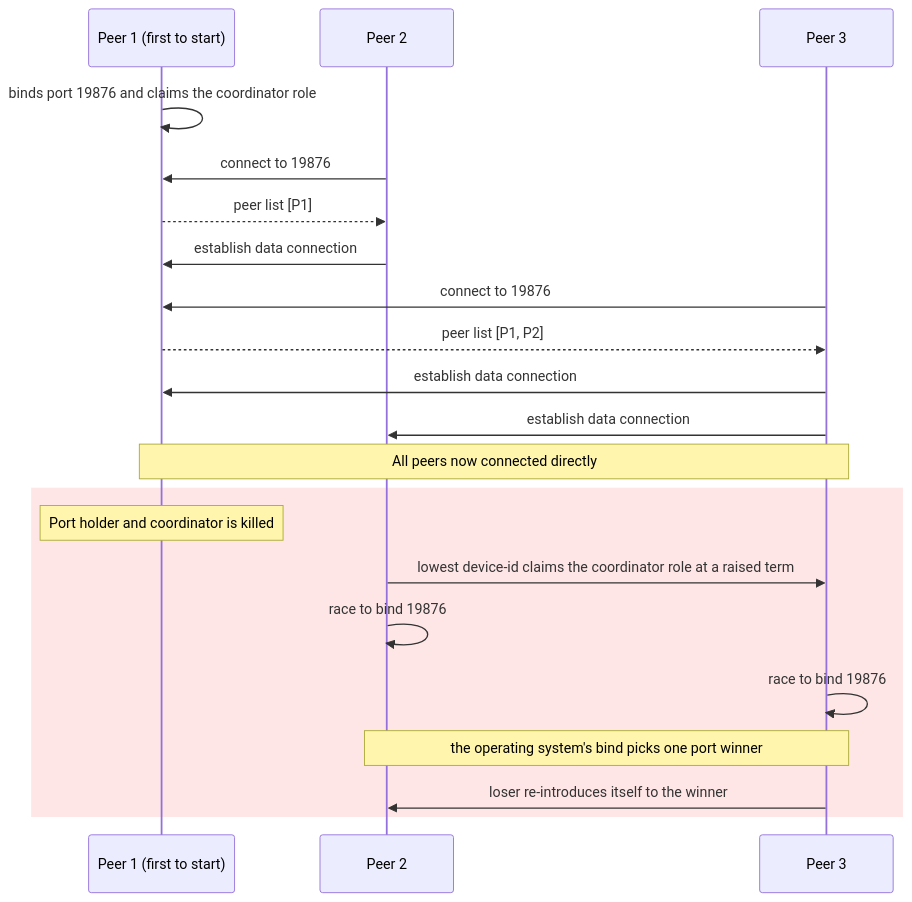
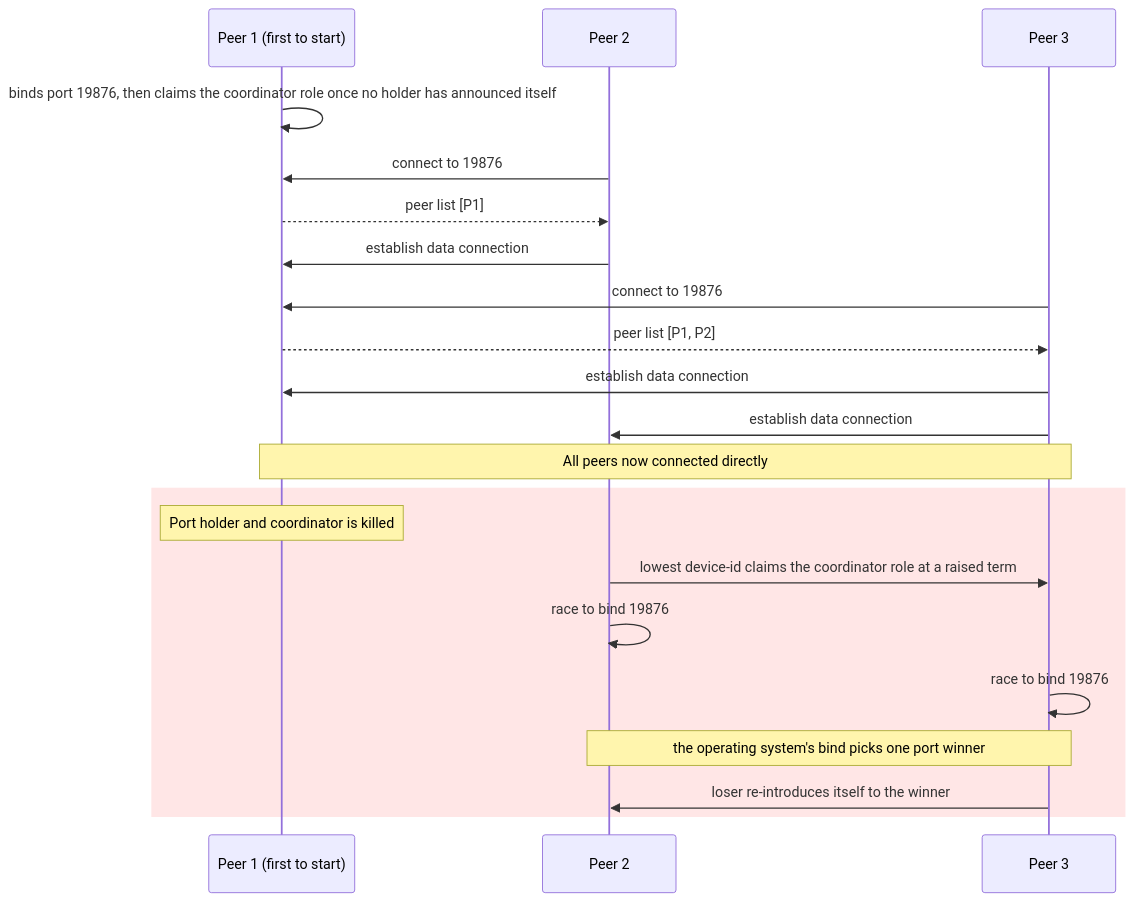
The second of 4 diagrams in README.md (ExaDev/agent-comms), drawn with Mermaid before and after one commit. The commit also changed other lines of this file and 1 other file, not shown here.

First line of the commit message:
docs: describe the claim wait and which sessions carry coordinator claims

````diff
--- a/README.md
+++ b/README.md
@@ -41,23 +41,23 @@
 ```mermaid
 sequenceDiagram
     participant P1 as Peer 1 (first to start)
     participant P2 as Peer 2
     participant P3 as Peer 3
-    P1->>P1: binds port 19876 and claims the coordinator role
+    P1->>P1: binds port 19876, then claims the coordinator role once no holder has announced itself
     P2->>P1: connect to 19876
     P1-->>P2: peer list [P1]
     P2->>P1: establish data connection
     P3->>P1: connect to 19876
     P1-->>P3: peer list [P1, P2]
     P3->>P1: establish data connection
     P3->>P2: establish data connection
     Note over P1,P3: All peers now connected directly
     rect rgb(255, 230, 230)
         Note over P1: Port holder and coordinator is killed
         P2->>P3: lowest device-id claims the coordinator role at a raised term
         P2->>P2: race to bind 19876
         P3->>P3: race to bind 19876
         Note over P2,P3: the operating system's bind picks one port winner
         P3->>P2: loser re-introduces itself to the winner
     end
 ```
````
